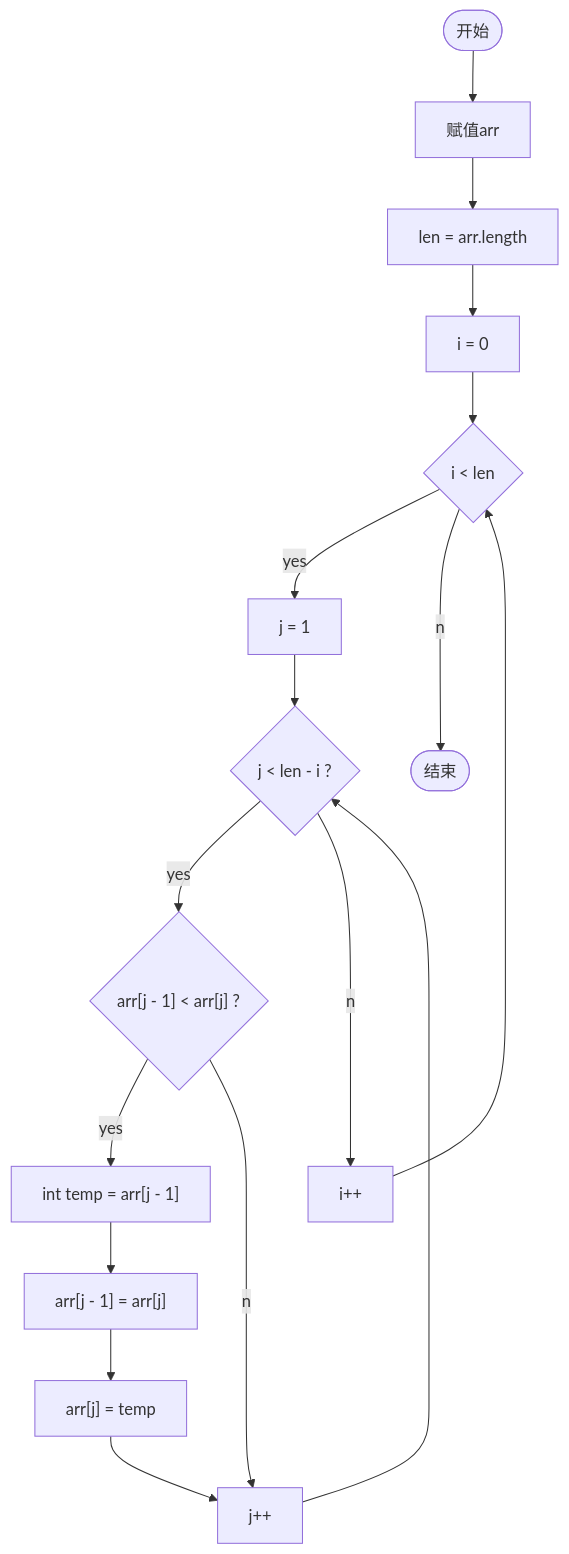
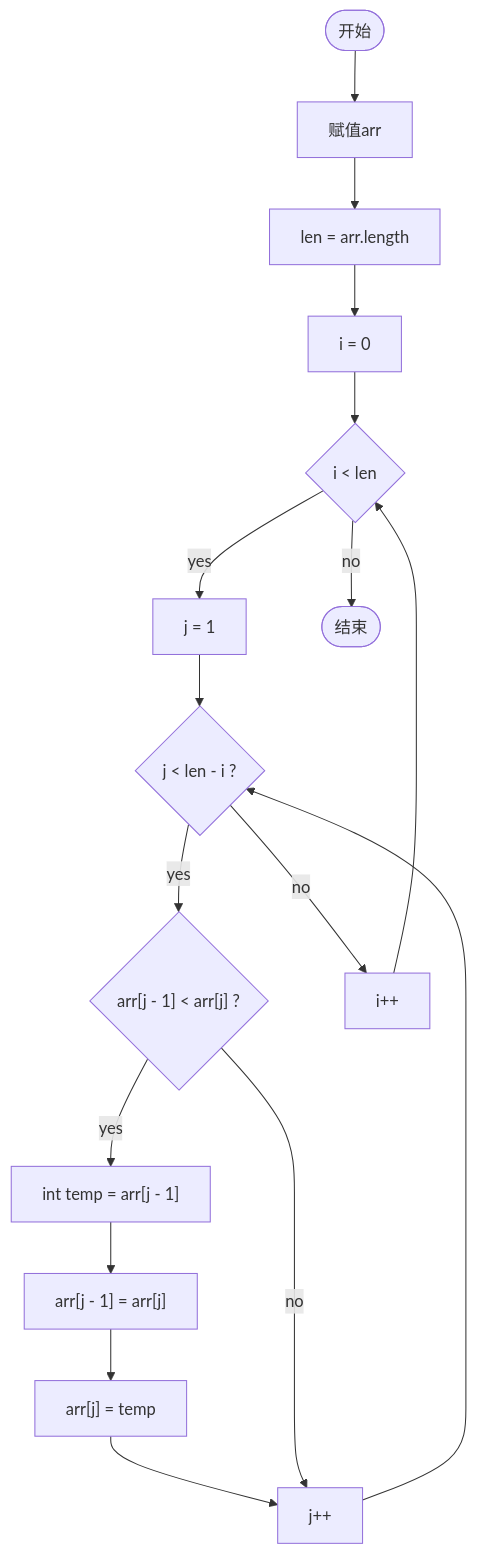
The seventh of 11 diagrams in 01.home/mermaid.md (zhaopan/pub), drawn with Mermaid before and after one commit. The commit also changed other lines of this file and 1 other file, not shown here.

````diff
--- a/01.home/mermaid.md
+++ b/01.home/mermaid.md
@@ -89,19 +89,19 @@
 ```mermaid
 graph TD
     start([开始]) --> 赋值arr[赋值arr]
     赋值arr --> 赋值len[len = arr.length]
     赋值len --> 赋值i[i = 0]
     赋值i --> 第一层循环{i < len}
-    第一层循环 --yes--> 赋值j[j = 1]
+    第一层循环 -- yes --> 赋值j[j = 1]
     赋值j --> 第二层循环{"j < len - i ?"}
-    第二层循环 --yes--> 判断{"arr[j - 1] < arr[j] ?"}
-    判断 --yes--> 定义临时变量["int temp = arr[j - 1]"]
+    第二层循环 -- yes --> 判断{"arr[j - 1] < arr[j] ?"}
+    判断 -- yes --> 定义临时变量["int temp = arr[j - 1]"]
     定义临时变量 --> 交换aj["arr[j - 1] = arr[j]"]
     交换aj --> 交换aj-1["arr[j] = temp"]
     交换aj-1 --> j自增["j++"]
     j自增 --> 第二层循环
-    判断 --no--> j自增
-    第二层循环 --no--> i自增["i++"]
+    判断 -- no --> j自增
+    第二层循环 -- no --> i自增["i++"]
     i自增 --> 第一层循环
-    第一层循环 --no--> endd([结束])
+    第一层循环 -- no --> endd([结束])
 ```
````
